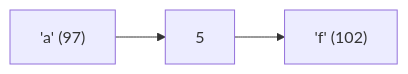
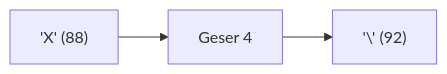
One commit to amnahwaida/OSNK_INF_PREP changed diagram 15 of 25 in part-c-pemahaman-cpp/01-tipe-data/latihan/set-07.md. Above: the diagram before and after it, drawn with Mermaid. The commit also changed other lines of this file and 71 other files, not shown here.

````diff
--- a/part-c-pemahaman-cpp/01-tipe-data/latihan/set-07.md
+++ b/part-c-pemahaman-cpp/01-tipe-data/latihan/set-07.md
@@ -374,5 +421,5 @@
 ```mermaid
 graph LR
-A["'a' (97)"] --> B["5"]
-B --> C["'f' (102)"]
+A["'X' (88)"] --> B["Geser 4"]
+B --> C["'\' (92)"]
 ```
````
